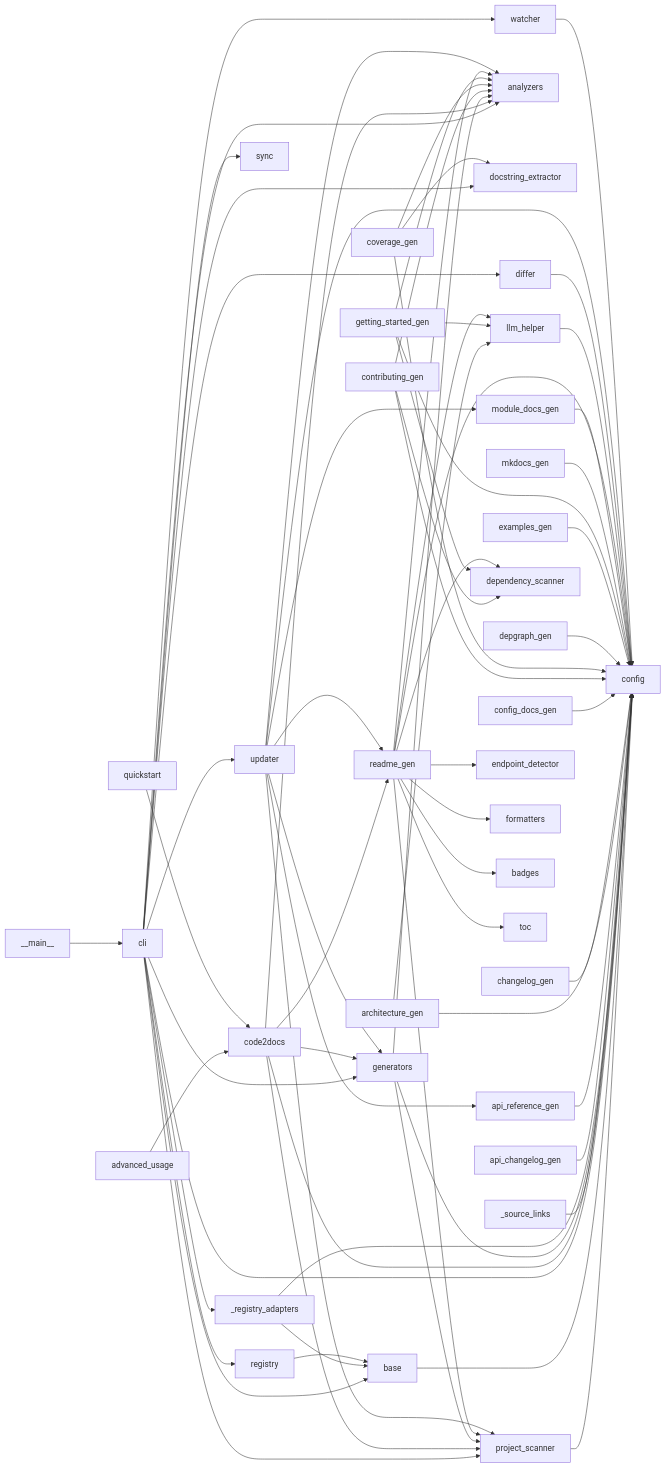
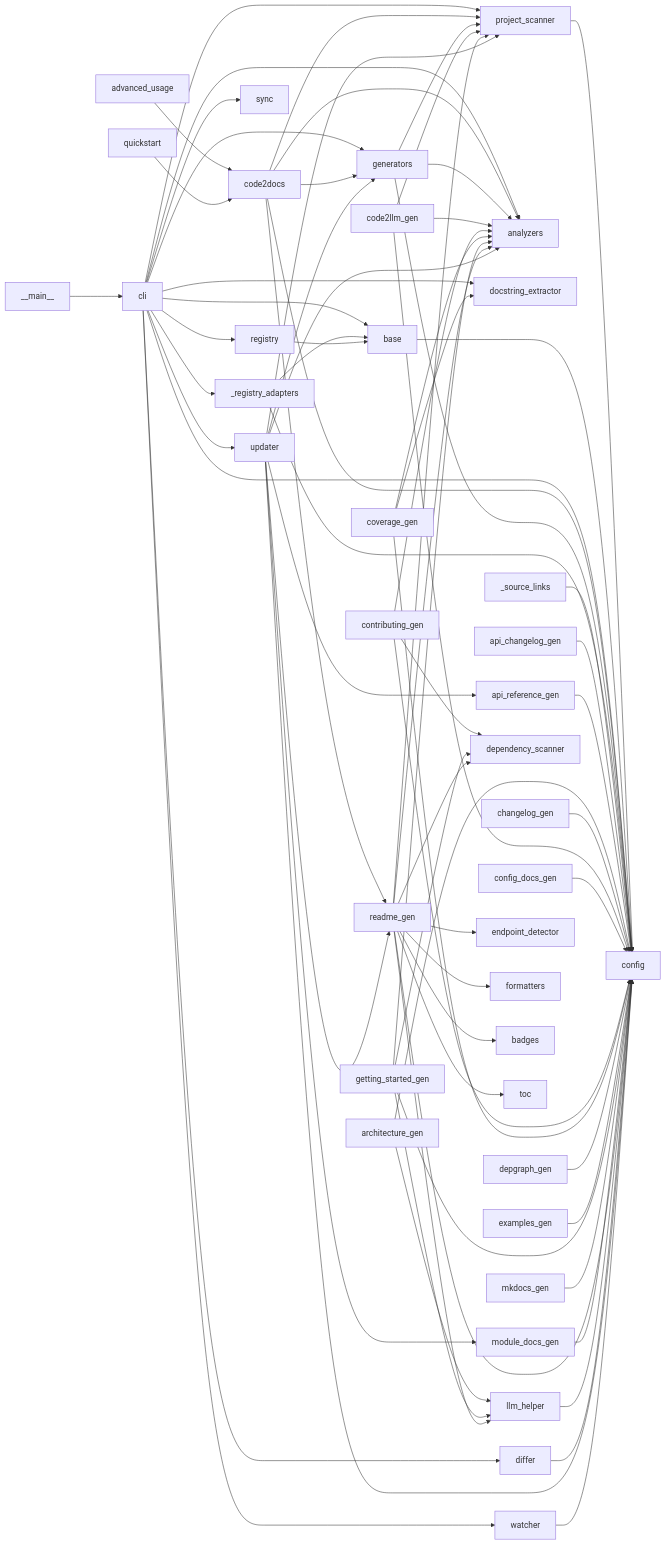
The diagram in docs/dependency-graph.md (wronai/code2docs), drawn with Mermaid before and after one commit. The commit also changed other lines of this file and 41 other files, not shown here.

````diff
--- a/docs/dependency-graph.md
+++ b/docs/dependency-graph.md
@@ -7,71 +7,74 @@
 ```mermaid
 graph LR
     __main__ --> cli
     project_scanner --> config
     base --> config
     cli --> analyzers
     cli --> docstring_extractor
     cli --> project_scanner
     cli --> base
     cli --> config
     cli --> generators
     cli --> _registry_adapters
     cli --> registry
     cli --> sync
     cli --> differ
     cli --> updater
     cli --> watcher
     code2docs --> analyzers
     code2docs --> project_scanner
     code2docs --> config
     code2docs --> generators
     code2docs --> readme_gen
     advanced_usage --> code2docs
     quickstart --> code2docs
     generators --> analyzers
     generators --> project_scanner
     generators --> config
     _registry_adapters --> base
     _registry_adapters --> config
     _source_links --> config
     api_changelog_gen --> config
     api_reference_gen --> config
     architecture_gen --> config
     architecture_gen --> llm_helper
     changelog_gen --> config
+    code2llm_gen --> analyzers
+    code2llm_gen --> project_scanner
+    code2llm_gen --> config
     config_docs_gen --> config
     contributing_gen --> analyzers
     contributing_gen --> dependency_scanner
     contributing_gen --> config
     coverage_gen --> analyzers
     coverage_gen --> docstring_extractor
     coverage_gen --> config
     depgraph_gen --> config
     examples_gen --> config
     getting_started_gen --> analyzers
     getting_started_gen --> dependency_scanner
     getting_started_gen --> config
     getting_started_gen --> llm_helper
     mkdocs_gen --> config
     module_docs_gen --> config
     readme_gen --> analyzers
     readme_gen --> dependency_scanner
     readme_gen --> endpoint_detector
     readme_gen --> project_scanner
     readme_gen --> config
     readme_gen --> formatters
     readme_gen --> badges
     readme_gen --> toc
     readme_gen --> llm_helper
     llm_helper --> config
     registry --> base
     differ --> config
     updater --> analyzers
     updater --> project_scanner
     updater --> config
     updater --> generators
     updater --> api_reference_gen
     updater --> module_docs_gen
     updater --> readme_gen
     watcher --> config
 ```
````
